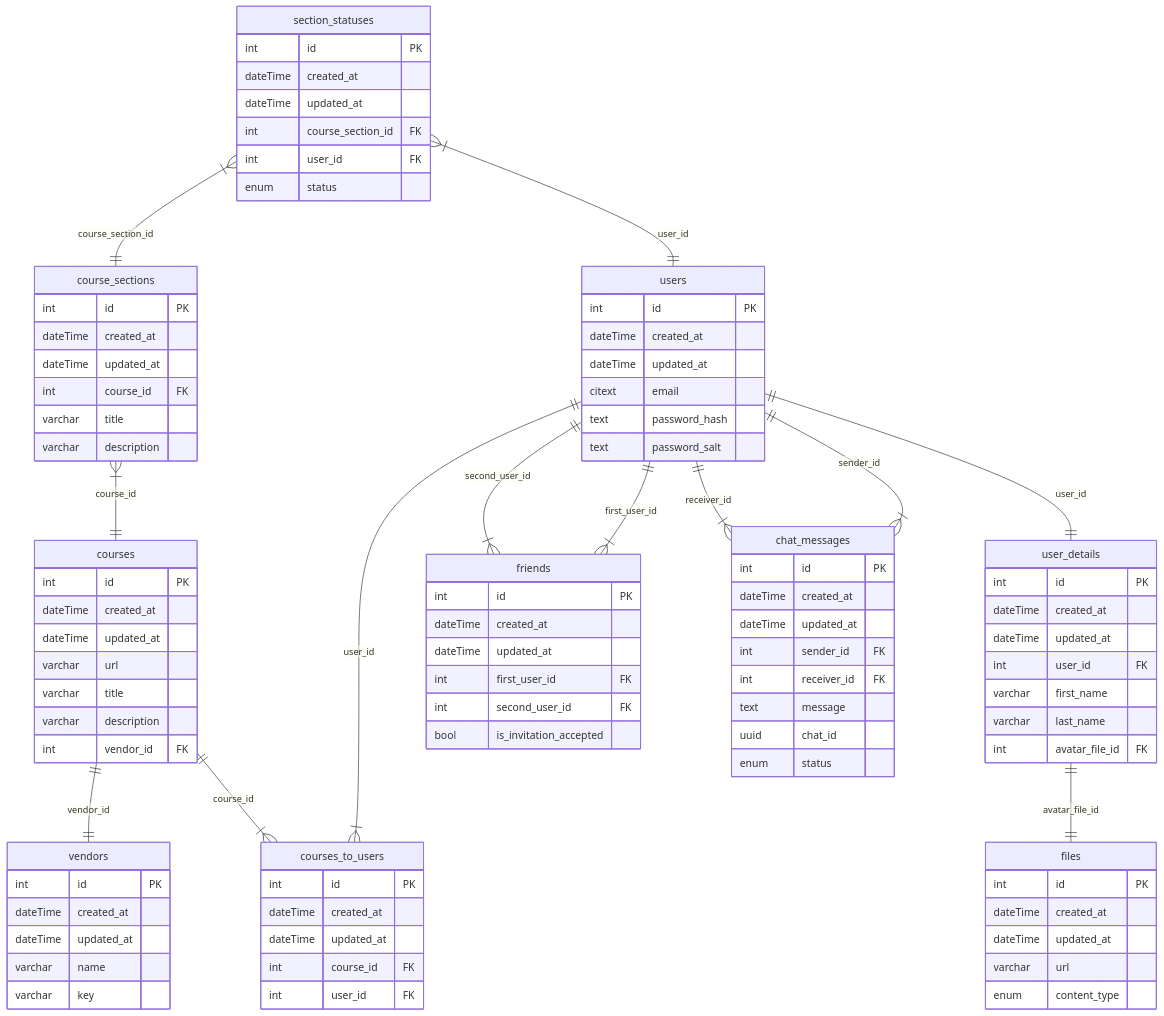
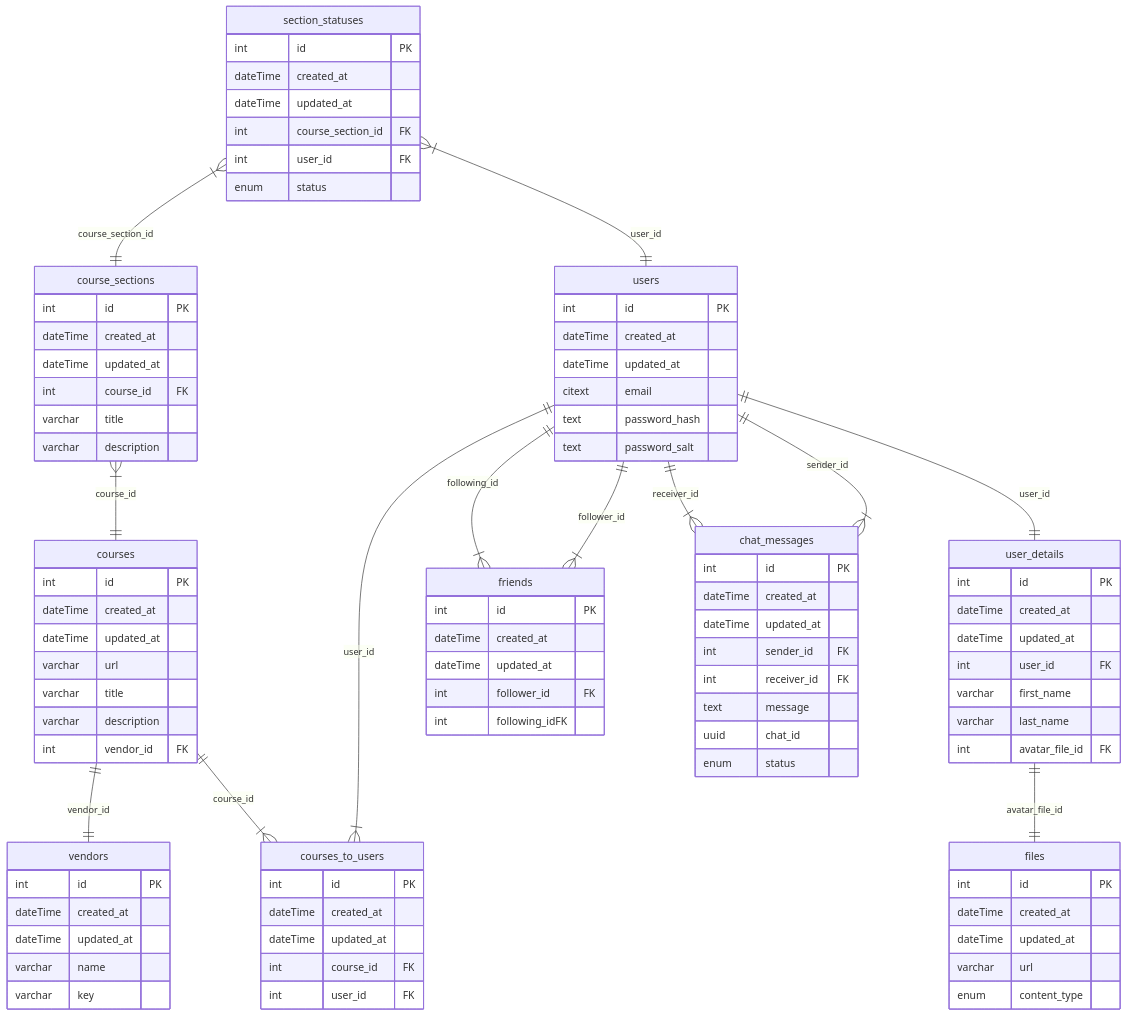
The diagram in readme.md (BinaryStudioAcademy/bsa-winter-2023-2024-trackmates), drawn with Mermaid before and after one commit. The commit also changed 23 other files, not shown here.

```diff
--- a/readme.md
+++ b/readme.md
@@ -92,9 +92,8 @@
     int id PK
     dateTime created_at
     dateTime updated_at
-    int first_user_id FK
-    int second_user_id FK
-    bool is_invitation_accepted
+    int follower_id FK
+    int following_idFK
    }
 
    files {
@@ -119,8 +118,8 @@
    users ||--|| user_details : user_id
    user_details ||--|| files : avatar_file_id
 
-   users ||--|{ friends : first_user_id
-   users ||--|{ friends : second_user_id
+   users ||--|{ friends : follower_id
+   users ||--|{ friends : following_id
 
    users ||--|{ chat_messages : sender_id
    users ||--|{ chat_messages : receiver_id
```
